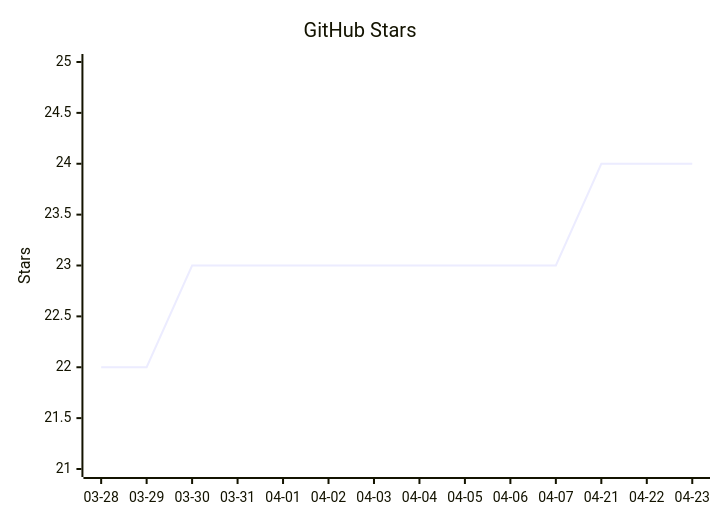
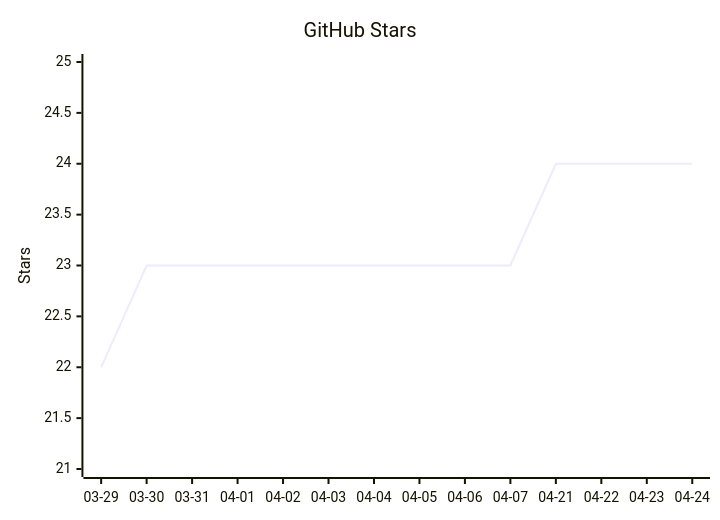
Before and after one commit to vectie/moonclaw: the diagram in README.mbt.md, drawn with Mermaid. The commit also changed other lines of this file and 1 other file, not shown here.

Commit message:
Update README star growth

````diff
--- a/README.mbt.md
+++ b/README.mbt.md
@@ -489,7 +489,7 @@
 ```mermaid
 xychart-beta
     title "GitHub Stars"
-    x-axis ["03-28","03-29","03-30","03-31","04-01","04-02","04-03","04-04","04-05","04-06","04-07","04-21","04-22","04-23"]
+    x-axis ["03-29","03-30","03-31","04-01","04-02","04-03","04-04","04-05","04-06","04-07","04-21","04-22","04-23","04-24"]
     y-axis "Stars" 21 --> 25
-    line [22,22,23,23,23,23,23,23,23,23,23,24,24,24]
+    line [22,23,23,23,23,23,23,23,23,23,24,24,24,24]
 ```
````
